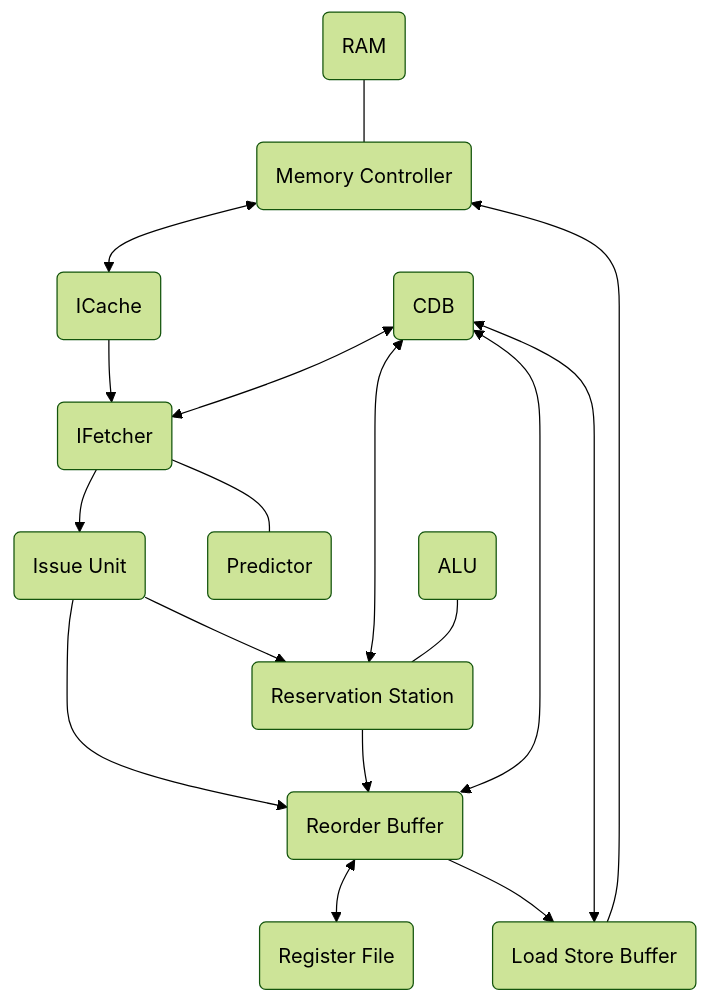
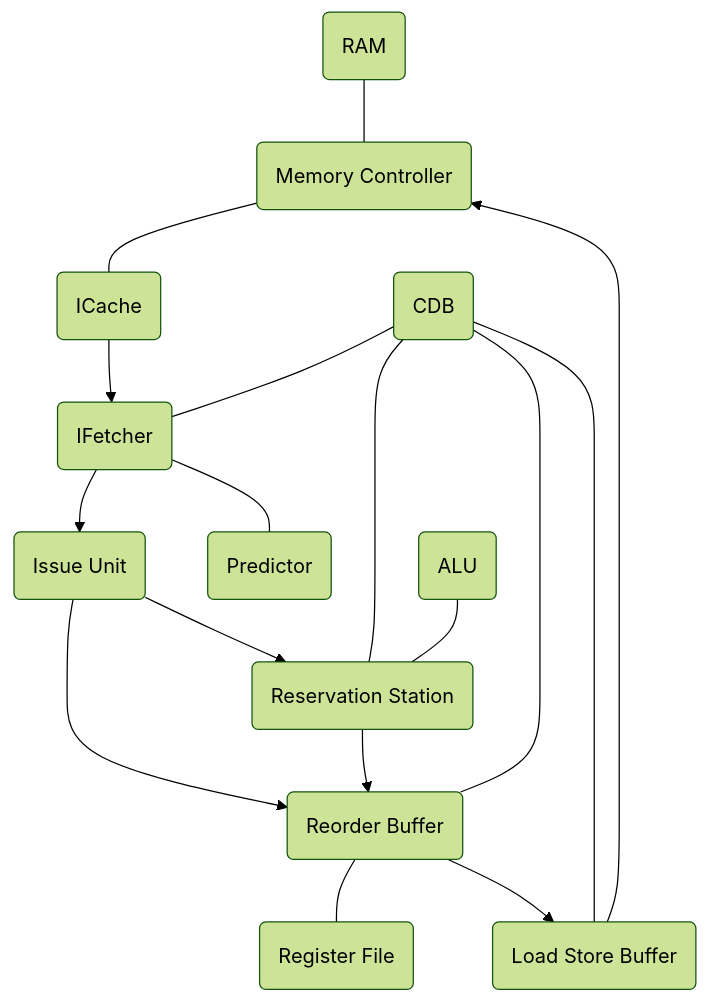
The diagram in README.md (HenryHe0123/RISC-V-CPU), drawn with Mermaid (forest theme) before and after one commit.

Commit message:
small modifications to README

````diff
--- a/README.md
+++ b/README.md
@@ -7,19 +7,19 @@
 ```mermaid
 flowchart TD
     A(RAM) --- B(Memory Controller)
-    B <--> C(ICache)
+    B --- C(ICache)
     C --> D(IFetcher) 
     D --> E(Issue Unit)
     D --- L(Predictor)
     E --> F(Reservation Station)
     E --> G(Reorder Buffer)
     F --> G
-    G <--> H(Register File)
+    G --- H(Register File)
     G --> I(Load Store Buffer)
     I --> B
-    J(CDB) <--> G
-    J <--> F 
-    J <--> D 
-    J <--> I
+    J(CDB) --- G
+    J --- F 
+    J --- D 
+    J --- I
     K(ALU) --- F
 ```
````
